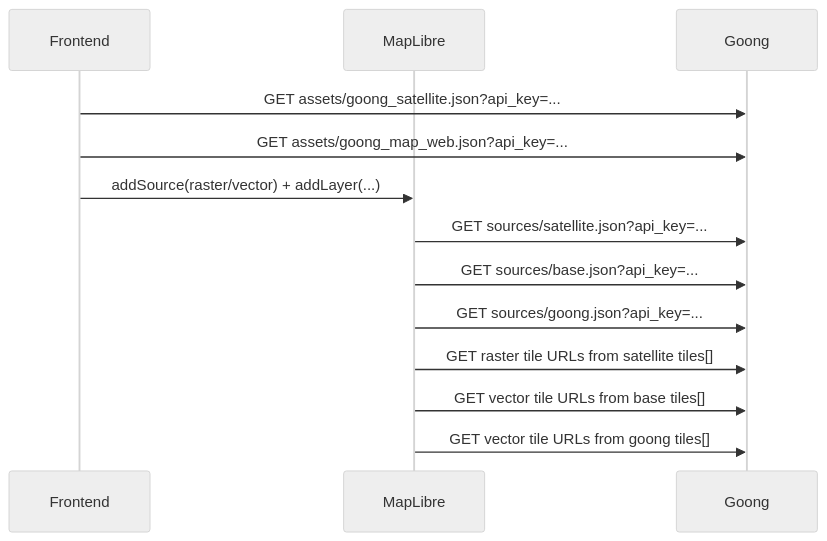
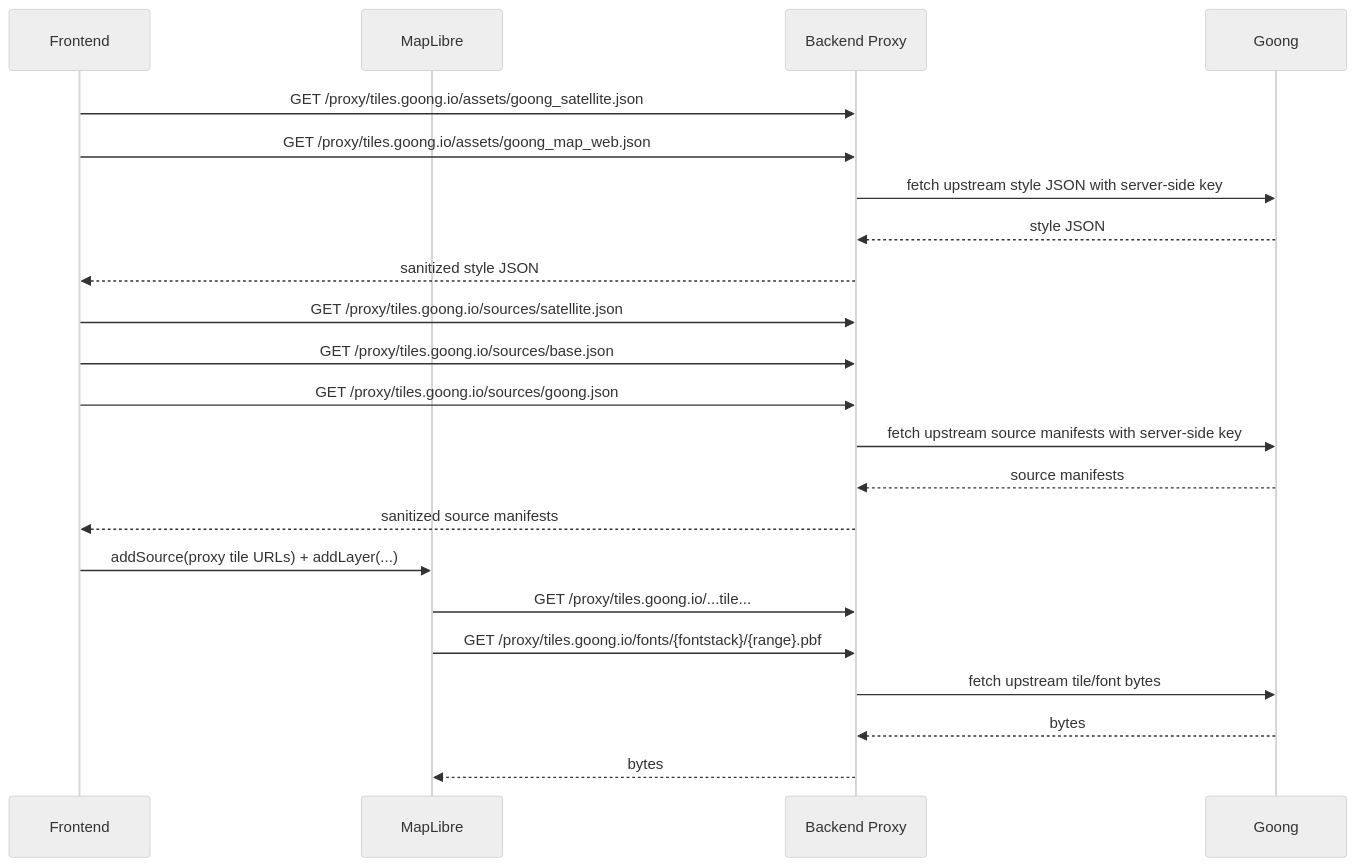
Before and after one commit to Pregnant-Guild/FE_User_history_web: the first of 2 diagrams in src/uhm/doc/goong_proxy_backend_guide.md, drawn with Mermaid (neutral theme). The commit also changed other lines of this file and 46 other files, not shown here.

````diff
--- a/src/uhm/doc/goong_proxy_backend_guide.md
+++ b/src/uhm/doc/goong_proxy_backend_guide.md
@@ -47,19 +49,28 @@
 ```mermaid
 sequenceDiagram
   participant FE as Frontend
   participant GL as MapLibre
+  participant BE as Backend Proxy
   participant GO as Goong
 
-  FE->>GO: GET assets/goong_satellite.json?api_key=...
-  FE->>GO: GET assets/goong_map_web.json?api_key=...
+  FE->>BE: GET /proxy/tiles.goong.io/assets/goong_satellite.json
+  FE->>BE: GET /proxy/tiles.goong.io/assets/goong_map_web.json
+  BE->>GO: fetch upstream style JSON with server-side key
+  GO-->>BE: style JSON
+  BE-->>FE: sanitized style JSON
 
-  FE->>GL: addSource(raster/vector) + addLayer(...)
+  FE->>BE: GET /proxy/tiles.goong.io/sources/satellite.json
+  FE->>BE: GET /proxy/tiles.goong.io/sources/base.json
+  FE->>BE: GET /proxy/tiles.goong.io/sources/goong.json
+  BE->>GO: fetch upstream source manifests with server-side key
+  GO-->>BE: source manifests
+  BE-->>FE: sanitized source manifests
 
-  GL->>GO: GET sources/satellite.json?api_key=...
-  GL->>GO: GET sources/base.json?api_key=...
-  GL->>GO: GET sources/goong.json?api_key=...
+  FE->>GL: addSource(proxy tile URLs) + addLayer(...)
 
-  GL->>GO: GET raster tile URLs from satellite tiles[]
-  GL->>GO: GET vector tile URLs from base tiles[]
-  GL->>GO: GET vector tile URLs from goong tiles[]
+  GL->>BE: GET /proxy/tiles.goong.io/...tile...
+  GL->>BE: GET /proxy/tiles.goong.io/fonts/{fontstack}/{range}.pbf
+  BE->>GO: fetch upstream tile/font bytes
+  GO-->>BE: bytes
+  BE-->>GL: bytes
 ```
````
